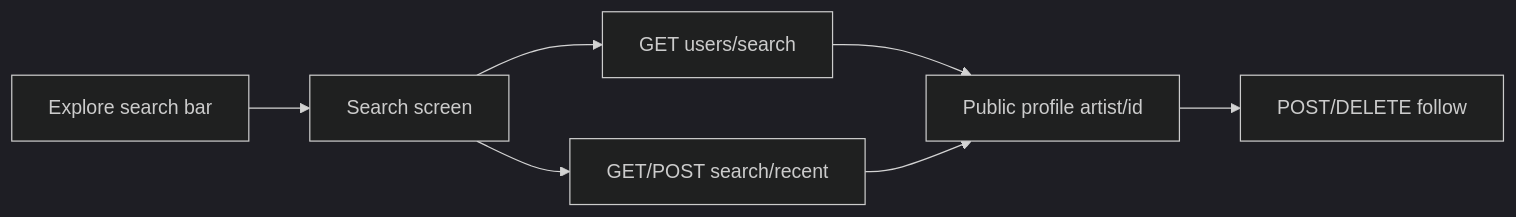
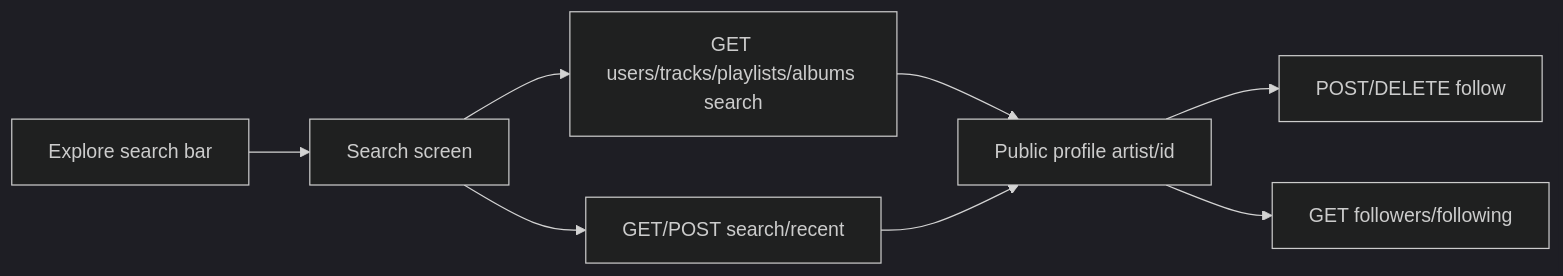
One commit to shreytanna15-prog/audio-social-backend changed the diagram in docs/features/follow-and-artist-search.md. Above: the diagram before and after it, drawn with Mermaid (dark theme). The commit also changed other lines of this file and 21 other files, not shown here.

````diff
--- a/docs/features/follow-and-artist-search.md
+++ b/docs/features/follow-and-artist-search.md
@@ -22,15 +21,17 @@
 ```mermaid
 flowchart LR
   explore[Explore search bar]
   search[Search screen]
-  apiSearch[GET users/search]
+  apiSearch[GET users/tracks/playlists/albums search]
   recent[GET/POST search/recent]
   profile[Public profile artist/id]
   follow[POST/DELETE follow]
+  lists[GET followers/following]
   explore --> search
   search --> apiSearch
   search --> recent
   apiSearch --> profile
   recent --> profile
   profile --> follow
+  profile --> lists
 ```
````
